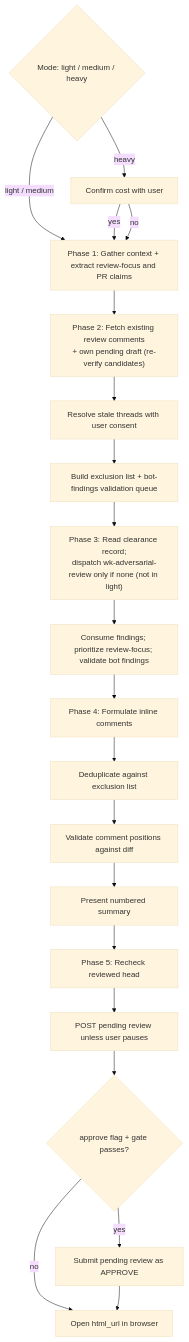
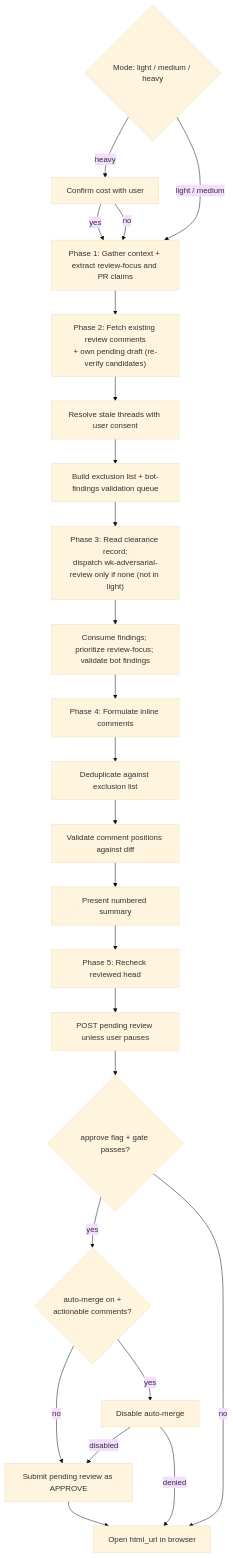
The diagram in skills/pr-review/README.md (whizzzkid/skills), drawn with Mermaid (base theme) before and after one commit. The commit also changed other lines of this file and 5 other files, not shown here.

First line of the commit message:
feat(pr-review): 🛡️ disable auto-merge before approving over actionable comments

````diff
--- a/skills/pr-review/README.md
+++ b/skills/pr-review/README.md
@@ -44,22 +47,26 @@
 ```mermaid
 flowchart TD
     M{"Mode: light / medium / heavy"} -->|heavy| Q[Confirm cost with user]
     M -->|light / medium| A
     Q -->|yes| A
     Q -->|no| A
     A[Phase 1: Gather context + extract review-focus and PR claims] --> B["Phase 2: Fetch existing review comments<br/>+ own pending draft (re-verify candidates)"]
     B --> C[Resolve stale threads with user consent]
     C --> D[Build exclusion list + bot-findings validation queue]
     D --> E["Phase 3: Read clearance record;<br/>dispatch wk-adversarial-review only if none (not in light)"]
     E --> F[Consume findings; prioritize review-focus; validate bot findings]
     F --> G[Phase 4: Formulate inline comments]
     G --> H[Deduplicate against exclusion list]
     H --> I[Validate comment positions against diff]
     I --> J[Present numbered summary]
     J --> K["Phase 5: Recheck reviewed head"]
     K --> L[POST pending review unless user pauses]
     L --> N{"approve flag + gate passes?"}
-    N -->|yes| P[Submit pending review as APPROVE]
+    N -->|yes| AM{"auto-merge on +<br/>actionable comments?"}
+    AM -->|no| P[Submit pending review as APPROVE]
+    AM -->|yes| DA[Disable auto-merge]
+    DA -->|disabled| P
+    DA -->|denied| O
     N -->|no| O[Open html_url in browser]
     P --> O
 ```
````
